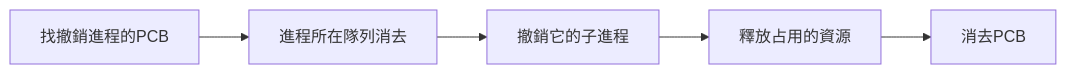
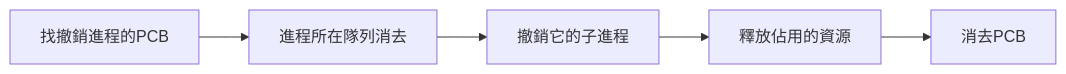
Before and after one commit to chchoiw/chchoiw.github.io: the second of 6 diagrams in _posts/2021-08-04-operating_system.md, drawn with Mermaid. The commit also changed other lines of this file, not shown here.

````diff
--- a/_posts/2021-08-04-operating_system.md
+++ b/_posts/2021-08-04-operating_system.md
@@ -315,7 +315,7 @@
     ```mermaid
     graph LR
     A[找撤銷進程的PCB]-->B[進程所在隊列消去]
     B-->C[撤銷它的子進程]
-    C-->D[釋放占用的資源]
+    C-->D[釋放佔用的資源]
     D-->E[消去PCB]
     ```
````
